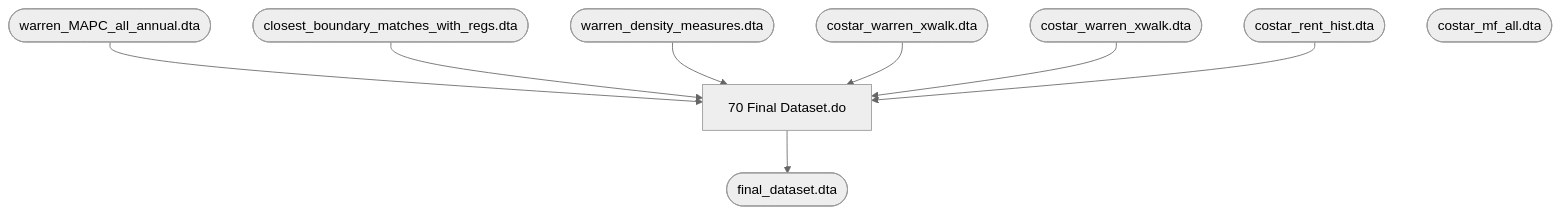
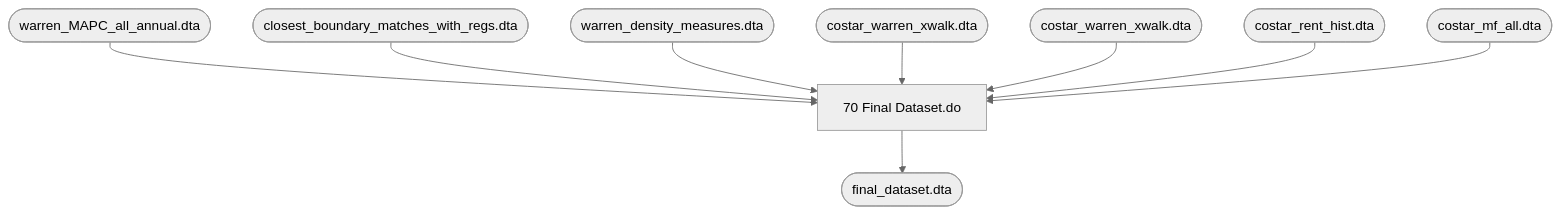
One commit to nchiumenti/boston_zoning changed the sixth of 6 diagrams in code/data_setup/README.md. Above: the diagram before and after it, drawn with Mermaid (neutral theme).

````diff
--- a/code/data_setup/README.md
+++ b/code/data_setup/README.md
@@ -124,14 +124,14 @@
 ```mermaid
 flowchart TD
 A([warren_MAPC_all_annual.dta])
 B([closest_boundary_matches_with_regs.dta])
 C([warren_density_measures.dta])
 D([costar_warren_xwalk.dta])
 E([costar_warren_xwalk.dta])
 F([costar_rent_hist.dta])
 G([costar_mf_all.dta])
 H[70 Final Dataset.do]
 I([final_dataset.dta])
 
-A & B & C & D & E & F --> H --> I
+A & B & C & D & E & F & G --> H --> I
 ```
````
